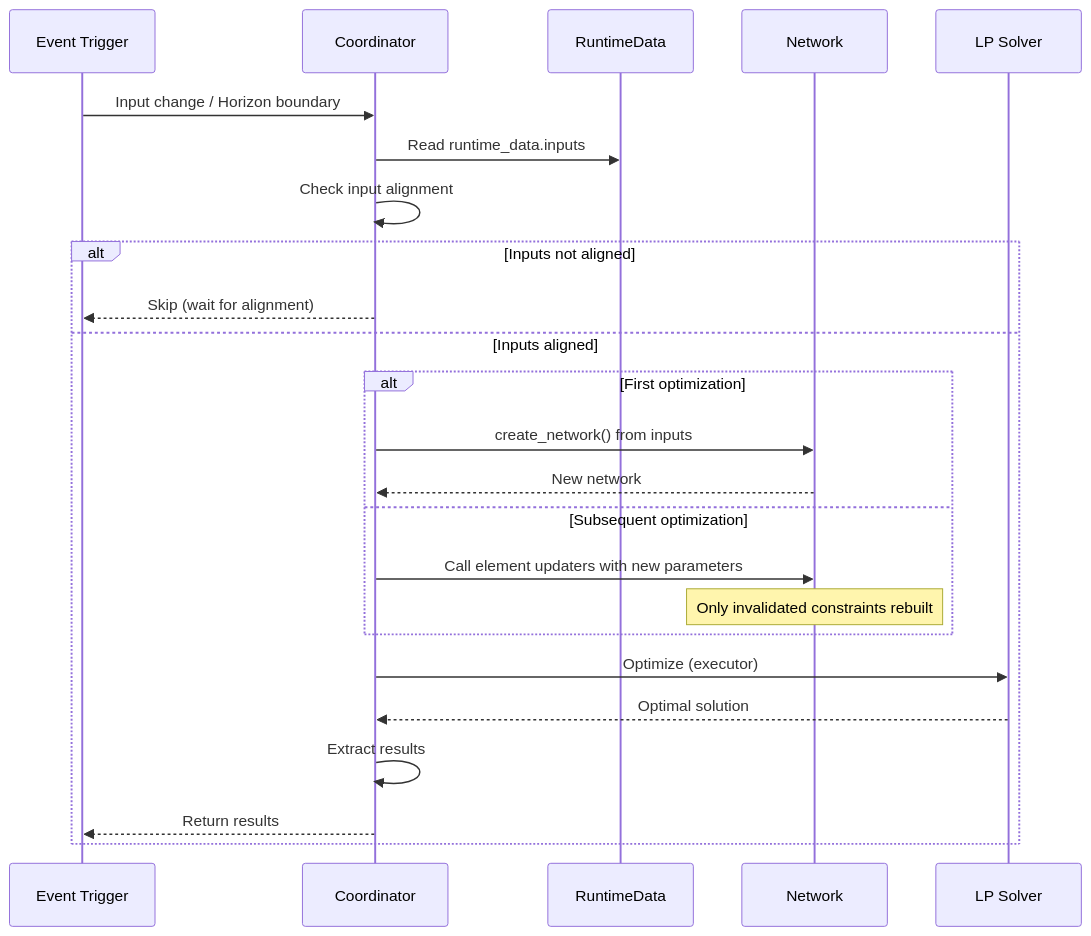
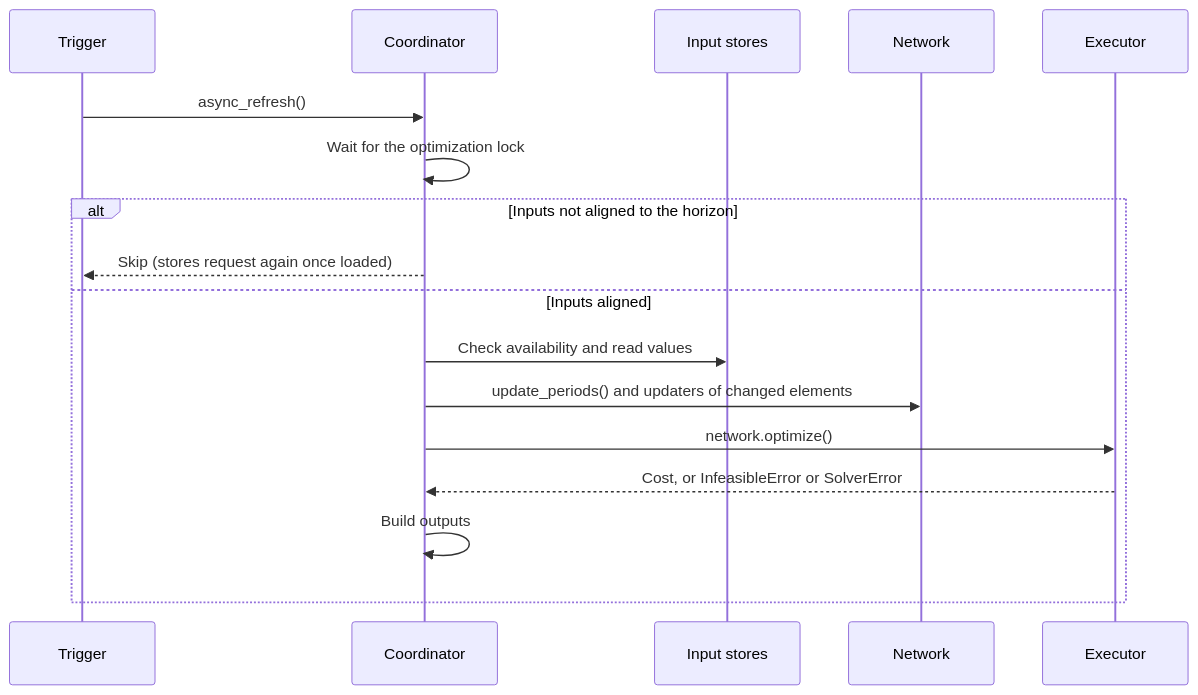
One commit to hass-energy/haeo changed the first of 2 diagrams in docs/developer-guide/coordinator.md. Above: the diagram before and after it, drawn with Mermaid. The commit also changed other lines of this file and 21 other files, not shown here.

````diff
--- a/docs/developer-guide/coordinator.md
+++ b/docs/developer-guide/coordinator.md
@@ -38,27 +40,20 @@
 ```mermaid
 sequenceDiagram
-    participant Trigger as Event Trigger
+    participant Trigger as Trigger
     participant C as Coordinator
-    participant RD as RuntimeData
+    participant S as Input stores
     participant N as Network
-    participant LP as LP Solver
+    participant LP as Executor
 
-    Trigger->>C: Input change / Horizon boundary
-    C->>RD: Read runtime_data.inputs
-    C->>C: Check input alignment
-    alt Inputs not aligned
-        C-->>Trigger: Skip (wait for alignment)
+    Trigger->>C: async_refresh()
+    C->>C: Wait for the optimization lock
+    alt Inputs not aligned to the horizon
+        C-->>Trigger: Skip (stores request again once loaded)
     else Inputs aligned
-        alt First optimization
-            C->>N: create_network() from inputs
-            N-->>C: New network
-        else Subsequent optimization
-            C->>N: Call element updaters with new parameters
-            Note over N: Only invalidated constraints rebuilt
-        end
-        C->>LP: Optimize (executor)
-        LP-->>C: Optimal solution
-        C->>C: Extract results
-        C-->>Trigger: Return results
+        C->>S: Check availability and read values
+        C->>N: update_periods() and updaters of changed elements
+        C->>LP: network.optimize()
+        LP-->>C: Cost, or InfeasibleError or SolverError
+        C->>C: Build outputs
     end
 ```
````
